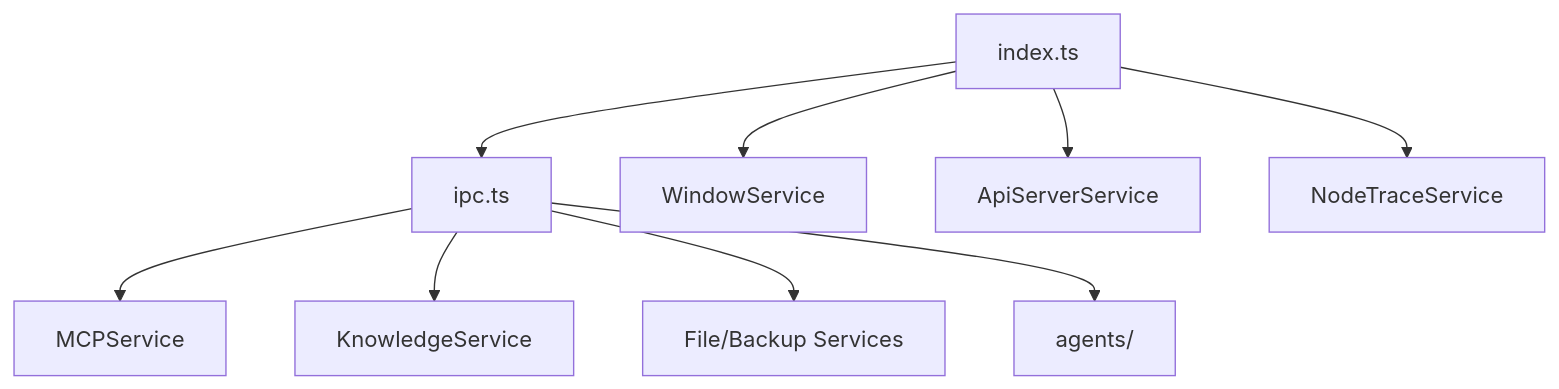
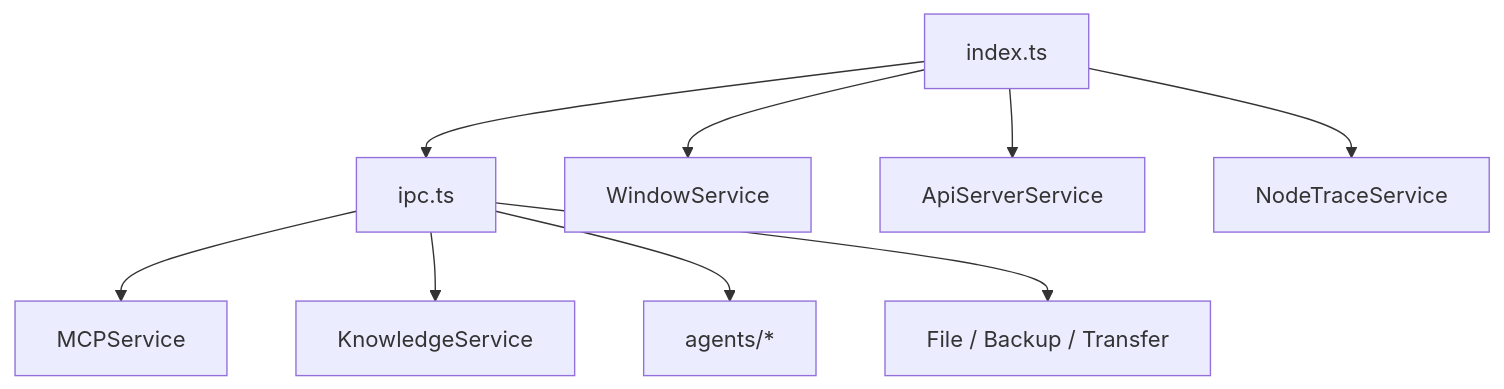
Before and after one commit to Little-LittleProgrammer/cherry-studio: the diagram in docs/zh/architecture/03-主进程/README.md, drawn with Mermaid. The commit also changed other lines of this file and 16 other files, not shown here.

First line of the commit message:
Update .gitignore and enhance architecture documentation

````diff
--- a/docs/zh/architecture/03-主进程/README.md
+++ b/docs/zh/architecture/03-主进程/README.md
@@ -125,21 +128,21 @@
 ```mermaid
 flowchart TB
   Entry[index.ts]
   IPC[ipc.ts]
   Win[WindowService]
   MCP[MCPService]
+  KB[KnowledgeService]
+  Agents[agents/*]
   API[ApiServerService]
-  KB[KnowledgeService]
   Trace[NodeTraceService]
-  Agents[agents/]
-  File[File/Backup Services]
+  File[File / Backup / Transfer]
 
   Entry --> Win
   Entry --> IPC
   Entry --> Trace
   Entry --> API
   IPC --> MCP
   IPC --> KB
+  IPC --> Agents
   IPC --> File
-  IPC --> Agents
 ```
````
